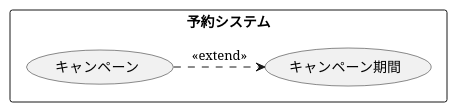
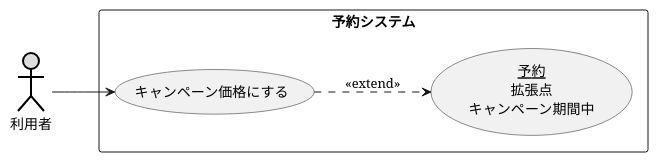
The diagram in 演習2-4_キャンペーン中のホテル宿泊予約.pu (hatakeyama12/uml-intro), drawn with PlantUML before and after one commit. The commit also changed 2 other files, not shown here.

```diff
--- a/演習2-4_キャンペーン中のホテル宿泊予約.pu
+++ b/演習2-4_キャンペーン中のホテル宿泊予約.pu
@@ -1,7 +1,10 @@
 @startuml 演習２－４
+left to right direction
+actor 利用者#DDDDDD;line:black;line.bold;
 rectangle 予約システム {
-    usecase キャンペーン期間
-    usecase キャンペーン
+    usecase キャンペーン価格にする
+    usecase (<u>予約</u>\n拡張点\nキャンペーン期間中) as input
 }
-キャンペーン .> キャンペーン期間 : <<extend>>
+利用者 --> キャンペーン価格にする
+キャンペーン価格にする ..> input : <<extend>>
 @enduml
```
